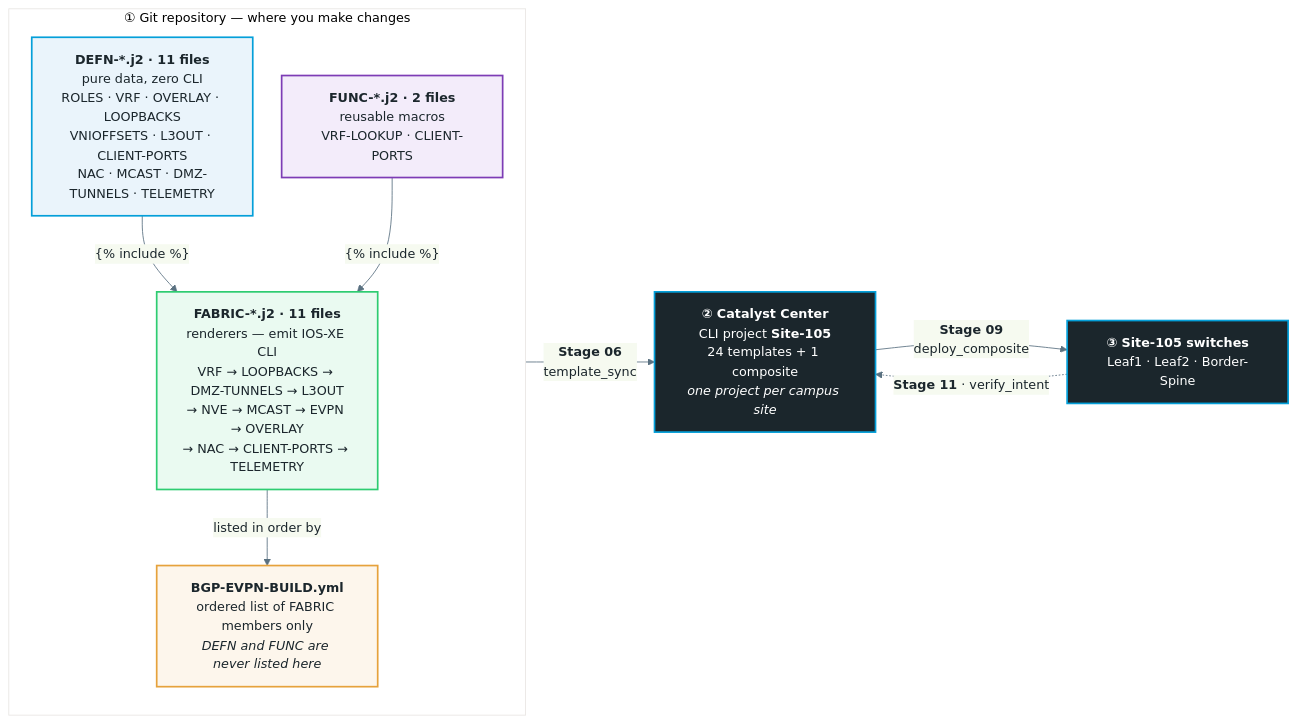
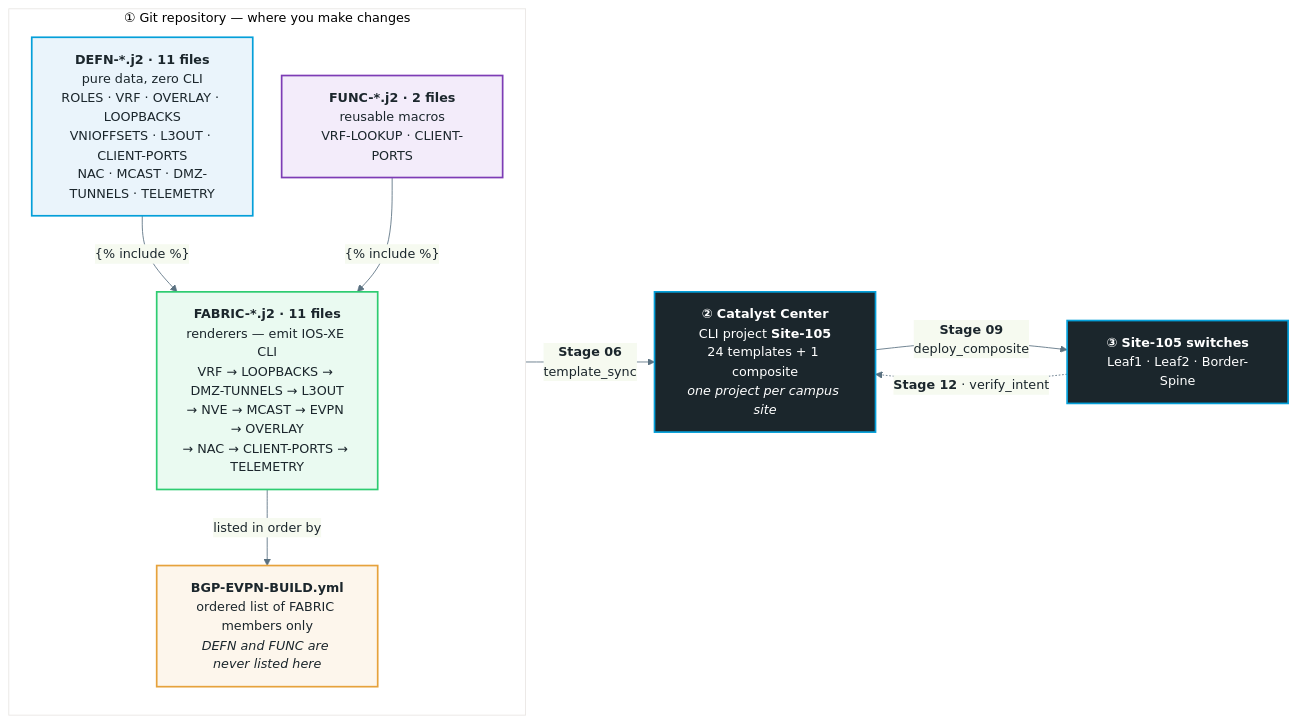
Before and after one commit to imanassypov/cisco-one-experience-lab-automation: the diagram in User Guide/automation_images/template-model.mmd, drawn with Mermaid. The commit also changed 45 other files, not shown here.

First line of the commit message:
Add SWIM stage 11, renumber intent verification to stage 12

```diff
--- a/User Guide/automation_images/template-model.mmd
+++ b/User Guide/automation_images/template-model.mmd
@@ -1,43 +1,43 @@
 ---
 config:
   theme: base
   themeVariables:
     primaryColor: "#f0f6fa"
     primaryTextColor: "#1b262c"
     primaryBorderColor: "#049fd9"
     lineColor: "#5a7181"
     fontSize: "15px"
   flowchart:
     htmlLabels: true
     nodeSpacing: 34
     rankSpacing: 42
 ---
 flowchart LR
   subgraph GIT["① Git repository — where you make changes"]
     direction TB
     DEFN["<b>DEFN-*.j2 · 11 files</b><br/>pure data, zero CLI<br/>ROLES · VRF · OVERLAY · LOOPBACKS<br/>VNIOFFSETS · L3OUT · CLIENT-PORTS<br/>NAC · MCAST · DMZ-TUNNELS · TELEMETRY"]
     FUNC["<b>FUNC-*.j2 · 2 files</b><br/>reusable macros<br/>VRF-LOOKUP · CLIENT-PORTS"]
     FABRIC["<b>FABRIC-*.j2 · 11 files</b><br/>renderers — emit IOS-XE CLI<br/>VRF → LOOPBACKS → DMZ-TUNNELS → L3OUT<br/>→ NVE → MCAST → EVPN → OVERLAY<br/>→ NAC → CLIENT-PORTS → TELEMETRY"]
     MANIFEST["<b>BGP-EVPN-BUILD.yml</b><br/>ordered list of FABRIC members only<br/><i>DEFN and FUNC are never listed here</i>"]
   end
 
   CATC["<b>② Catalyst Center</b><br/>CLI project <b>Site-105</b><br/>24 templates + 1 composite<br/><i>one project per campus site</i>"]
   DEV["<b>③ Site-105 switches</b><br/>Leaf1 · Leaf2 · Border-Spine"]
 
   DEFN -- "{% include %}" --> FABRIC
   FUNC -- "{% include %}" --> FABRIC
   FABRIC -- "listed in order by" --> MANIFEST
   MANIFEST -- "<b>Stage 06</b><br/>template_sync" --> CATC
   CATC -- "<b>Stage 09</b><br/>deploy_composite" --> DEV
-  DEV -. "<b>Stage 11</b> · verify_intent" .-> CATC
+  DEV -. "<b>Stage 12</b> · verify_intent" .-> CATC
 
   classDef defn fill:#eaf4fb,stroke:#049fd9,stroke-width:2px
   classDef func fill:#f3ecfa,stroke:#7d3cb5,stroke-width:2px
   classDef fab fill:#eafaf1,stroke:#2ecc71,stroke-width:2px
   classDef man fill:#fdf6ec,stroke:#e6a23c,stroke-width:2px
   classDef plat fill:#1b262c,stroke:#049fd9,color:#ffffff,stroke-width:2px
   class DEFN defn
   class FUNC func
   class FABRIC fab
   class MANIFEST man
   class CATC,DEV plat
```
